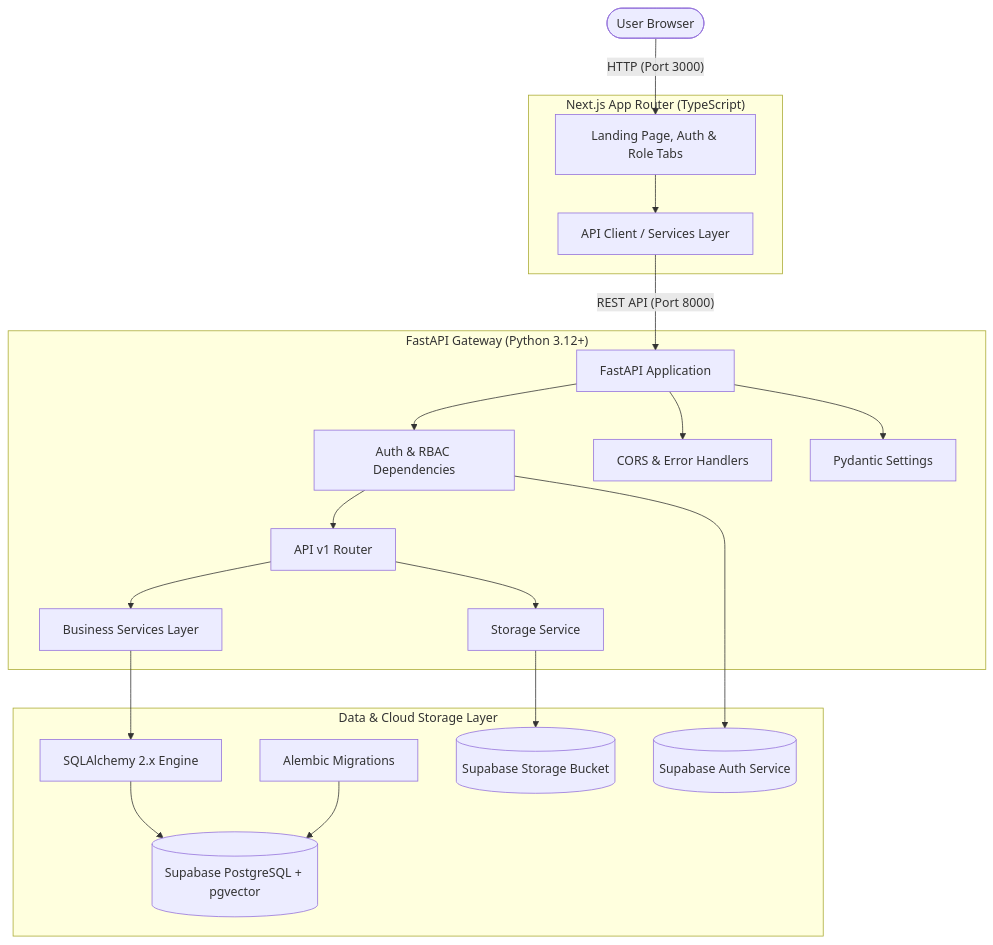
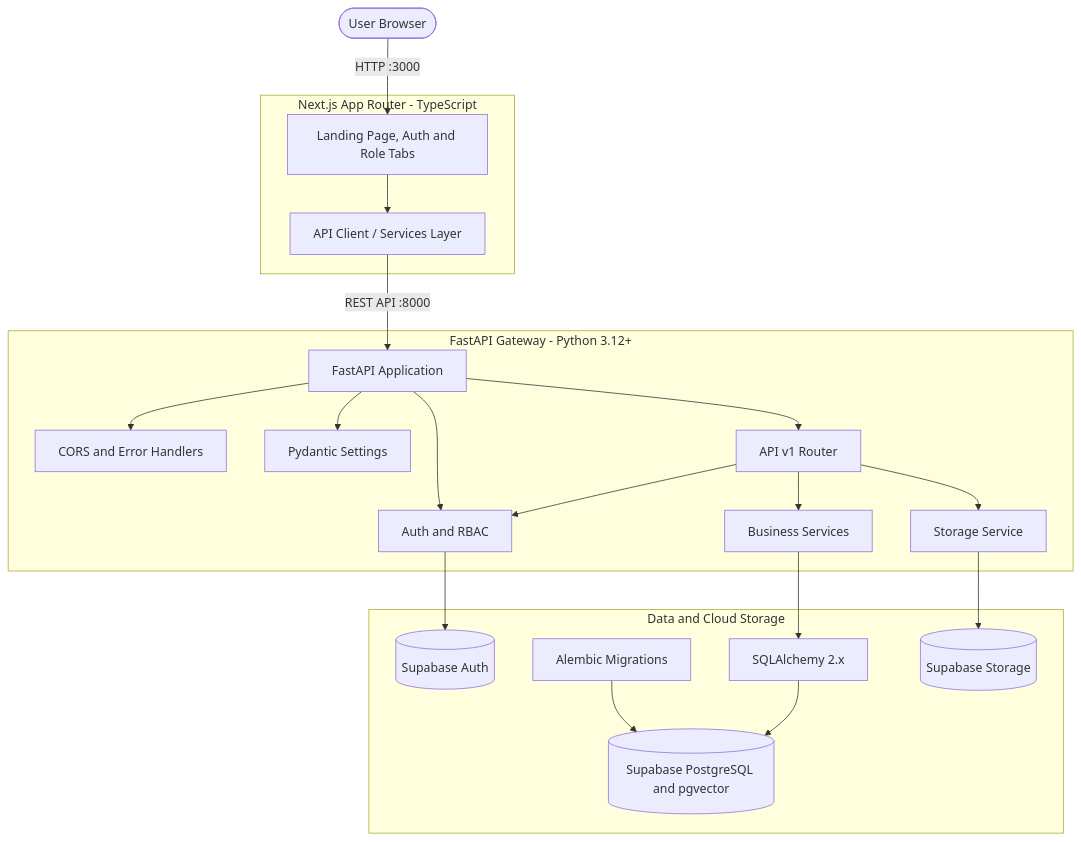
The diagram in docs/architecture.md (ps-rakshit-kashyap/L3-Project), drawn with Mermaid before and after one commit. The commit also changed other lines of this file and 22 other files, not shown here.

````diff
--- a/docs/architecture.md
+++ b/docs/architecture.md
@@ -14,44 +15,46 @@
 ```mermaid
 flowchart TD
     User(["User Browser"])
-    
-    subgraph Frontend["Next.js App Router (TypeScript)"]
-        UI["Landing Page, Auth & Role Tabs"]
+
+    subgraph Frontend["Next.js App Router - TypeScript"]
+        UI["Landing Page, Auth and Role Tabs"]
         ApiClient["API Client / Services Layer"]
         UI --> ApiClient
     end
-    
-    subgraph Backend["FastAPI Gateway (Python 3.12+)"]
+
+    subgraph Backend["FastAPI Gateway - Python 3.12+"]
         MainApp["FastAPI Application"]
-        AuthModule["Auth & RBAC Dependencies"]
+        AuthModule["Auth and RBAC"]
         Router["API v1 Router"]
-        Services["Business Services Layer"]
+        Services["Business Services"]
         StorageSvc["Storage Service"]
-        CORS["CORS & Error Handlers"]
+        CORS["CORS and Error Handlers"]
         Config["Pydantic Settings"]
-        
+
         MainApp --> CORS
         MainApp --> Config
         MainApp --> AuthModule
-        AuthModule --> Router
+        MainApp --> Router
+
+        Router --> AuthModule
         Router --> Services
         Router --> StorageSvc
     end
-    
-    subgraph Persistence["Data & Cloud Storage Layer"]
-        SessionMgr["SQLAlchemy 2.x Engine"]
+
+    subgraph Persistence["Data and Cloud Storage"]
+        SessionMgr["SQLAlchemy 2.x"]
         Alembic["Alembic Migrations"]
-        Postgres[("Supabase PostgreSQL + pgvector")]
-        SupabaseStorage[("Supabase Storage Bucket")]
-        SupabaseAuth[("Supabase Auth Service")]
-        
+        Postgres[("Supabase PostgreSQL and pgvector")]
+        SupabaseStorage[("Supabase Storage")]
+        SupabaseAuth[("Supabase Auth")]
+
         Services --> SessionMgr
         SessionMgr --> Postgres
         Alembic --> Postgres
         StorageSvc --> SupabaseStorage
         AuthModule --> SupabaseAuth
     end
 
-    User -->|"HTTP (Port 3000)"| UI
-    ApiClient -->|"REST API (Port 8000)"| MainApp
+    User -->|"HTTP :3000"| UI
+    ApiClient -->|"REST API :8000"| MainApp
 ```
````
